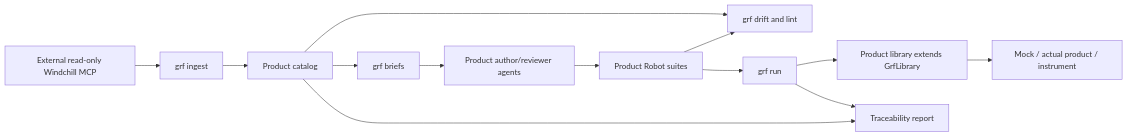
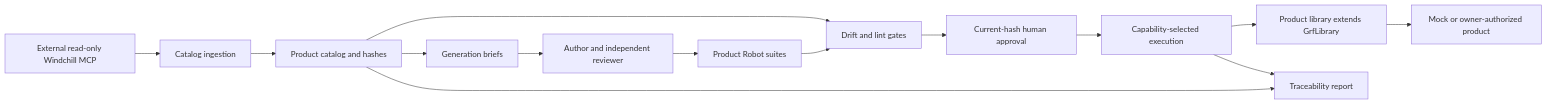
Before and after one commit to ionut2026/AI-TestBench: the diagram in docs/ARCHITECTURE.md, drawn with Mermaid. The commit also changed other lines of this file and 39 other files, not shown here.

````diff
--- a/docs/ARCHITECTURE.md
+++ b/docs/ARCHITECTURE.md
@@ -8,15 +76,16 @@
 ```mermaid
 flowchart LR
-  MCP[External read-only Windchill MCP] --> ING[grf ingest]
-  ING --> CAT[Product catalog]
-  CAT --> BR[grf briefs]
-  BR --> AG[Product author/reviewer agents]
-  AG --> ROB[Product Robot suites]
-  CAT --> DR[grf drift and lint]
-  ROB --> DR
-  ROB --> RUN[grf run]
+  MCP[External read-only Windchill MCP] --> ING[Catalog ingestion]
+  ING --> CAT[Product catalog and hashes]
+  CAT --> BR[Generation briefs]
+  BR --> AUTHOR[Author and independent reviewer]
+  AUTHOR --> ROB[Product Robot suites]
+  CAT --> GATE[Drift and lint gates]
+  ROB --> GATE
+  GATE --> HUMAN[Current-hash human approval]
+  HUMAN --> RUN[Capability-selected execution]
   RUN --> LIB[Product library extends GrfLibrary]
-  LIB --> PRODUCT[Mock / actual product / instrument]
+  LIB --> PRODUCT[Mock or owner-authorized product]
   RUN --> REP[Traceability report]
   CAT --> REP
 ```
````
